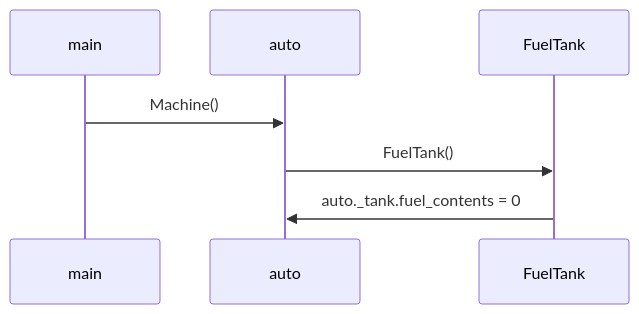
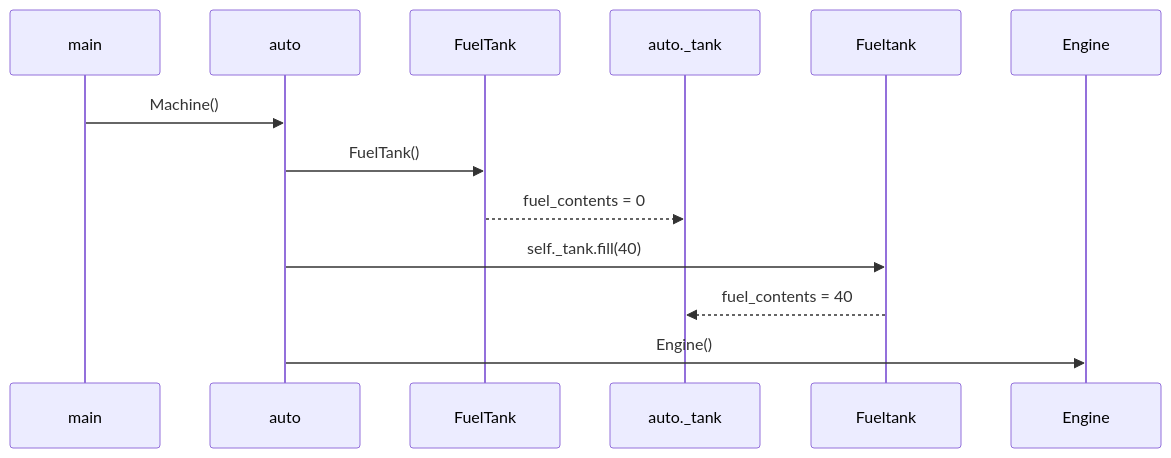
The diagram in laskarit/viikko3/sekvenssikaavio.md (VilleJuhan1/ot-harjoitustyo), drawn with Mermaid before and after one commit.

Commit message:
sekvenssiä

````diff
--- a/laskarit/viikko3/sekvenssikaavio.md
+++ b/laskarit/viikko3/sekvenssikaavio.md
@@ -3,9 +3,12 @@
 ```mermaid
 sequenceDiagram
 
     participant main
     main->>auto: Machine()
     auto->>FuelTank: FuelTank()
-    FuelTank->>auto: auto._tank.fuel_contents = 0
+    FuelTank-->>auto._tank: fuel_contents = 0
+    auto->>Fueltank: self._tank.fill(40)
+    Fueltank-->>auto._tank: fuel_contents = 40
+    auto->>Engine: Engine()  
 
 ```
````
